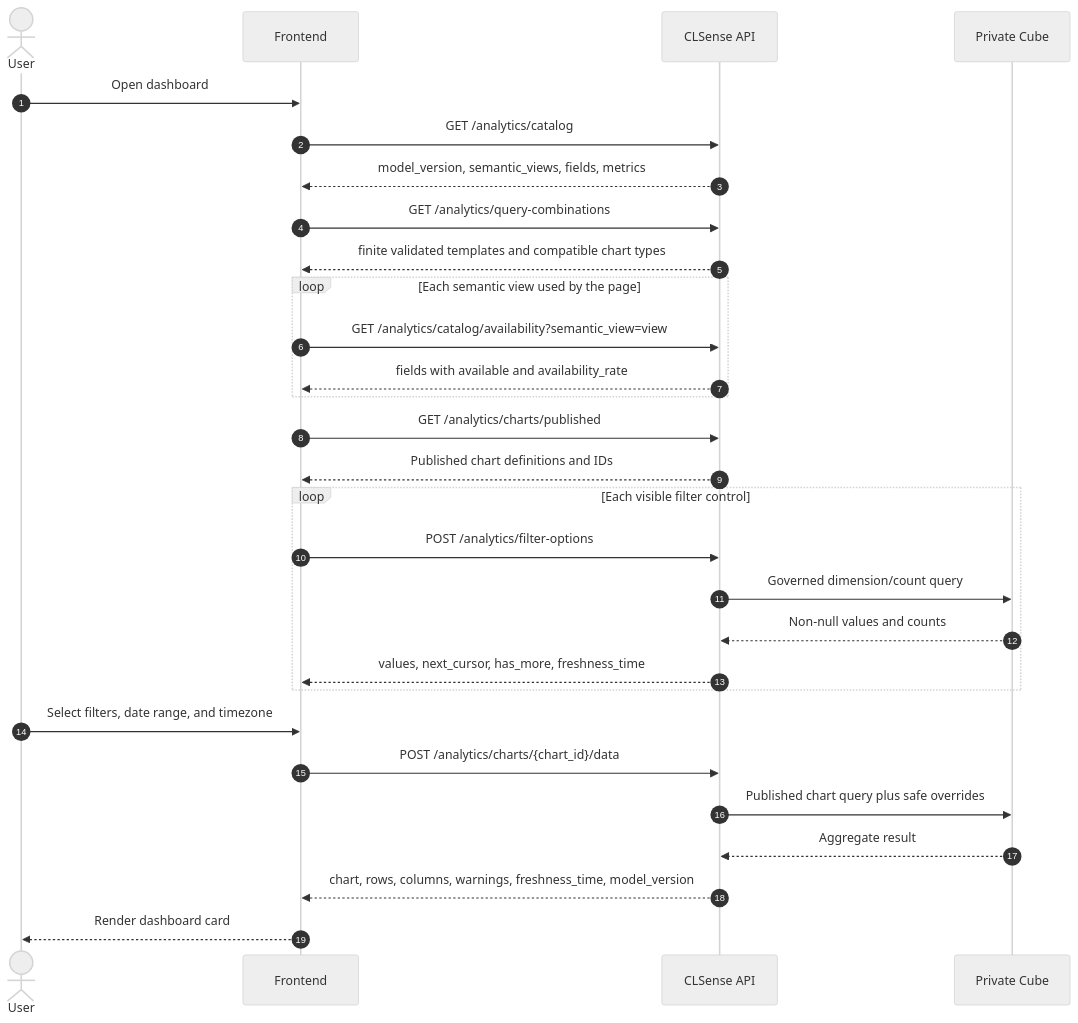
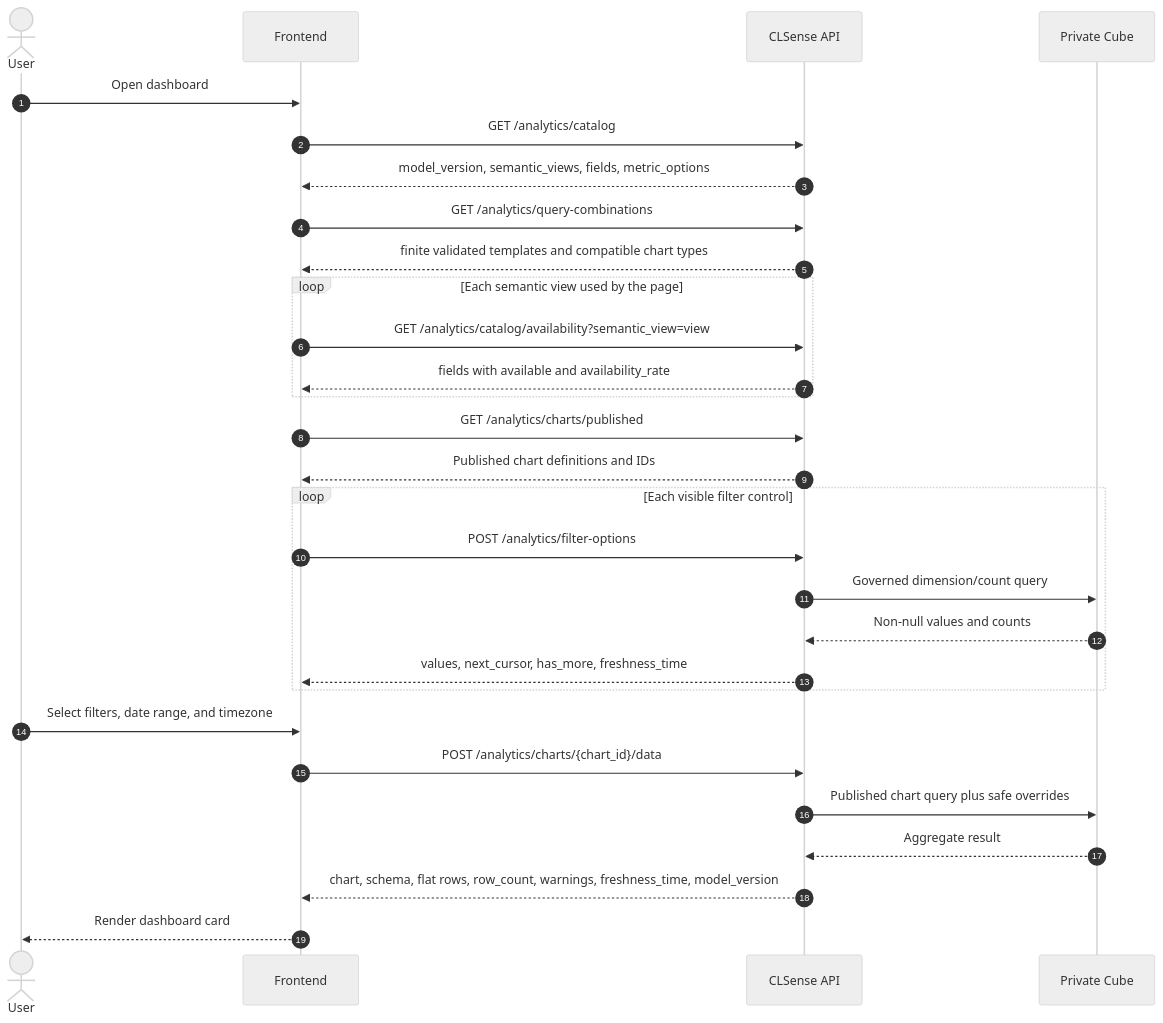
The second of 3 diagrams in docs/FRONTEND_DASHBOARD_ANALYTICS_WORKFLOW.md (jimmy0905/CLS-2-Backend), drawn with Mermaid (neutral theme) before and after one commit. The commit also changed other lines of this file and 21 other files, not shown here.

````diff
--- a/docs/FRONTEND_DASHBOARD_ANALYTICS_WORKFLOW.md
+++ b/docs/FRONTEND_DASHBOARD_ANALYTICS_WORKFLOW.md
@@ -56,36 +56,36 @@
 ```mermaid
 sequenceDiagram
     autonumber
     actor User
     participant FE as Frontend
     participant API as CLSense API
     participant Cube as Private Cube
 
     User->>FE: Open dashboard
     FE->>API: GET /analytics/catalog
-    API-->>FE: model_version, semantic_views, fields, metrics
+    API-->>FE: model_version, semantic_views, fields, metric_options
     FE->>API: GET /analytics/query-combinations
     API-->>FE: finite validated templates and compatible chart types
 
     loop Each semantic view used by the page
         FE->>API: GET /analytics/catalog/availability?semantic_view=view
         API-->>FE: fields with available and availability_rate
     end
 
     FE->>API: GET /analytics/charts/published
     API-->>FE: Published chart definitions and IDs
 
     loop Each visible filter control
         FE->>API: POST /analytics/filter-options
         API->>Cube: Governed dimension/count query
         Cube-->>API: Non-null values and counts
         API-->>FE: values, next_cursor, has_more, freshness_time
     end
 
     User->>FE: Select filters, date range, and timezone
     FE->>API: POST /analytics/charts/{chart_id}/data
     API->>Cube: Published chart query plus safe overrides
     Cube-->>API: Aggregate result
-    API-->>FE: chart, rows, columns, warnings, freshness_time, model_version
+    API-->>FE: chart, schema, flat rows, row_count, warnings, freshness_time, model_version
     FE-->>User: Render dashboard card
 ```
````
